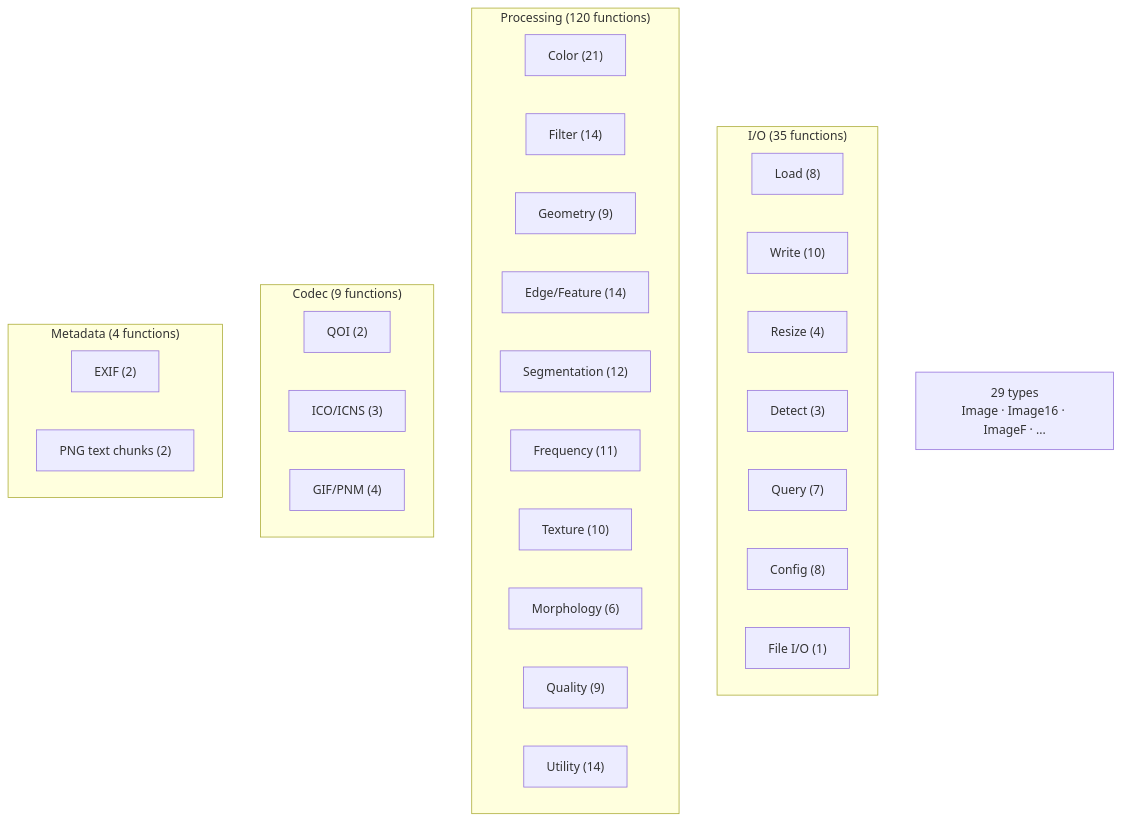
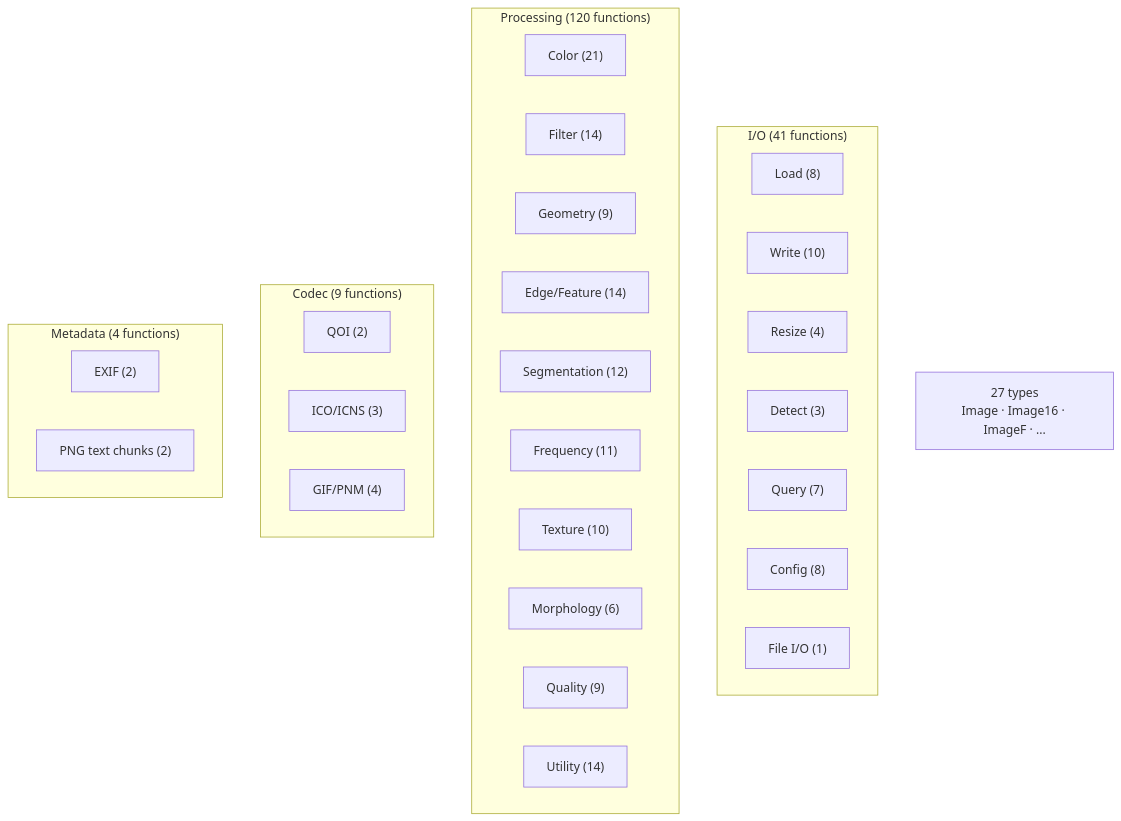
One commit to toadium/stb-image changed diagram 13 of 14 in ARCHITECTURE.en.md. Above: the diagram before and after it, drawn with Mermaid. The commit also changed other lines of this file and 6 other files, not shown here.

````diff
--- a/ARCHITECTURE.en.md
+++ b/ARCHITECTURE.en.md
@@ -399,38 +436,38 @@
 ```mermaid
 flowchart TB
-    subgraph IO["I/O (35 functions)"]
+    subgraph IO["I/O (41 functions)"]
         Load["Load (8)"]
         Write["Write (10)"]
         Resize["Resize (4)"]
         Detect["Detect (3)"]
         Query["Query (7)"]
         Config["Config (8)"]
         FileIO["File I/O (1)"]
     end
 
     subgraph Proc["Processing (120 functions)"]
         Color["Color (21)"]
         Filter["Filter (14)"]
         Geo["Geometry (9)"]
         Edge["Edge/Feature (14)"]
         Seg["Segmentation (12)"]
         Freq["Frequency (11)"]
         Tex["Texture (10)"]
         Morph["Morphology (6)"]
         Qual["Quality (9)"]
         Util["Utility (14)"]
     end
 
     subgraph Codec["Codec (9 functions)"]
         QOI["QOI (2)"]
         ICO["ICO/ICNS (3)"]
         GIF["GIF/PNM (4)"]
     end
 
     subgraph MetaFn["Metadata (4 functions)"]
         EXIF["EXIF (2)"]
         PNG["PNG text chunks (2)"]
     end
 
-    Types["29 types<br/>Image · Image16 · ImageF · ..."]
+    Types["27 types<br/>Image · Image16 · ImageF · ..."]
 ```
````
